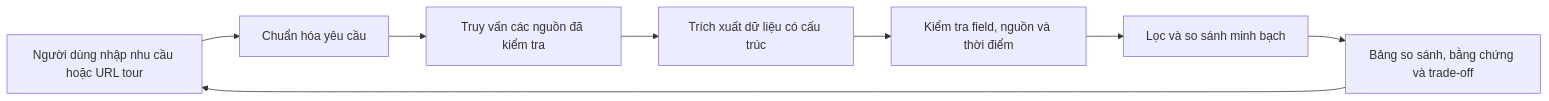
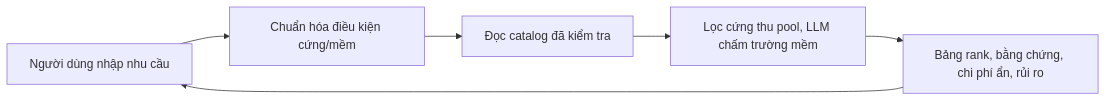
One commit to graviton711/HCMUS-x-HCMUT---TMA changed the diagram in README.md. Above: the diagram before and after it, drawn with Mermaid. The commit also changed other lines of this file and 205 other files, not shown here.

````diff
--- a/README.md
+++ b/README.md
@@ -5,10 +5,8 @@
 ```mermaid
 flowchart LR
-    U[Người dùng nhập nhu cầu hoặc URL tour] --> Q[Chuẩn hóa yêu cầu]
-    Q --> S[Truy vấn các nguồn đã kiểm tra]
-    S --> E[Trích xuất dữ liệu có cấu trúc]
-    E --> V[Kiểm tra field, nguồn và thời điểm]
-    V --> C[Lọc và so sánh minh bạch]
-    C --> R[Bảng so sánh, bằng chứng và trade-off]
+    U[Người dùng nhập nhu cầu] --> Q[Chuẩn hóa điều kiện cứng/mềm]
+    Q --> S[Đọc catalog đã kiểm tra]
+    S --> C[Lọc cứng thu pool, LLM chấm trường mềm]
+    C --> R[Bảng rank, bằng chứng, chi phí ẩn, rủi ro]
     R --> U
 ```
````
